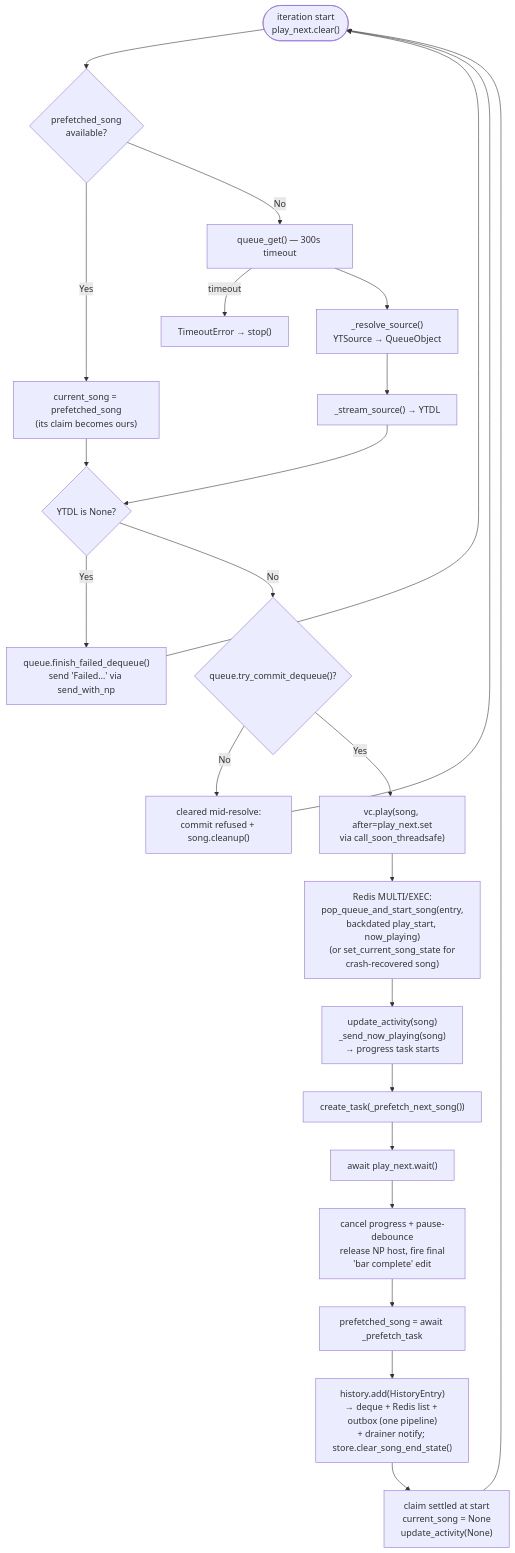
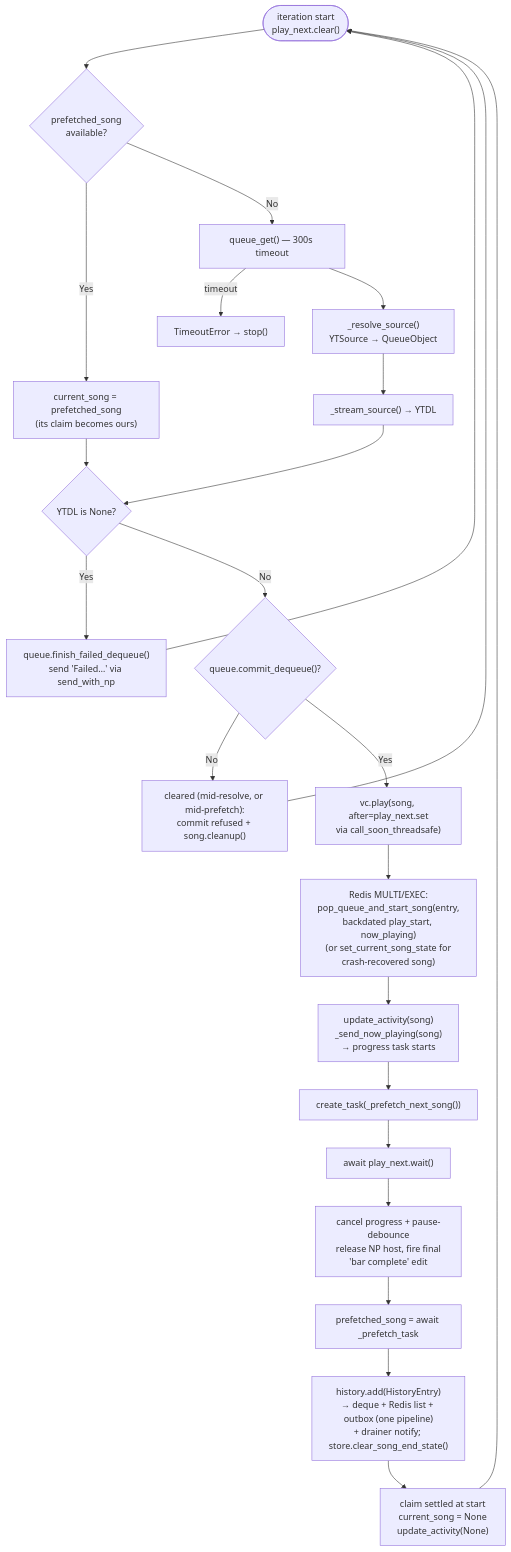
The tenth of 15 diagrams in docs/ARCHITECTURE.md (kawadeomkar/discord-music-bot), drawn with Mermaid before and after one commit. The commit also changed other lines of this file and 7 other files, not shown here.

````diff
--- a/docs/ARCHITECTURE.md
+++ b/docs/ARCHITECTURE.md
@@ -571,34 +571,34 @@
 ```mermaid
 flowchart TD
     Start(["iteration start\nplay_next.clear()"])
     HavePF{"prefetched_song\navailable?"}
     UsePF["current_song = prefetched_song\n(its claim becomes ours)"]
     GetQueue["queue_get() — 300s timeout"]
     Timeout["TimeoutError → stop()"]
     Resolve["_resolve_source()\nYTSource → QueueObject"]
     Stream["_stream_source() → YTDL"]
     Failed{"YTDL is None?"}
     FailPop["queue.finish_failed_dequeue()\nsend 'Failed…' via send_with_np"]
-    Commit{"queue.try_commit_dequeue()?"}
-    Discard["cleared mid-resolve:\ncommit refused + song.cleanup()"]
+    Commit{"queue.commit_dequeue()?"}
+    Discard["cleared (mid-resolve, or mid-prefetch):\ncommit refused + song.cleanup()"]
     Play["vc.play(song, after=play_next.set\nvia call_soon_threadsafe)"]
     Persist["Redis MULTI/EXEC:\npop_queue_and_start_song(entry,\nbackdated play_start, now_playing)\n(or set_current_song_state for\ncrash-recovered song)"]
     NP["update_activity(song)\n_send_now_playing(song)\n→ progress task starts"]
     Prefetch["create_task(_prefetch_next_song())"]
     Wait["await play_next.wait()"]
     Retire["cancel progress + pause-debounce\nrelease NP host, fire final\n'bar complete' edit"]
     Collect["prefetched_song = await _prefetch_task"]
     History["history.add(HistoryEntry)\n→ deque + Redis list + outbox (one pipeline)\n+ drainer notify; store.clear_song_end_state()"]
     Done["claim settled at start\ncurrent_song = None\nupdate_activity(None)"]
 
     Start --> HavePF
     HavePF -->|Yes| UsePF --> Failed
     HavePF -->|No| GetQueue
     GetQueue -->|timeout| Timeout
     GetQueue --> Resolve --> Stream --> Failed
     Failed -->|Yes| FailPop --> Start
     Failed -->|No| Commit
     Commit -->|No| Discard --> Start
     Commit -->|Yes| Play --> Persist --> NP --> Prefetch --> Wait
     Wait --> Retire --> Collect --> History --> Done --> Start
 ```
````
